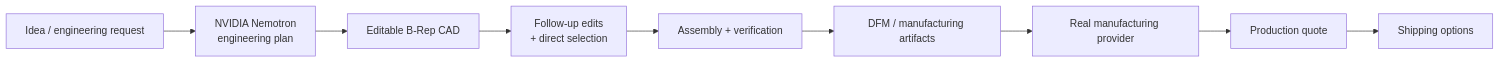
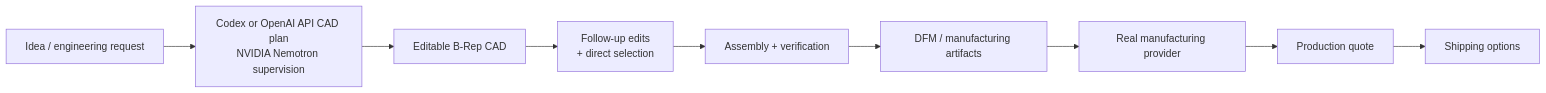
Before and after one commit to CADname/CADia-NVIDIA: the diagram in README.md, drawn with Mermaid. The commit also changed other lines of this file and 6 other files, not shown here.

````diff
--- a/README.md
+++ b/README.md
@@ -108,11 +115,11 @@
 ```mermaid
 flowchart LR
-    A[Idea / engineering request] --> B[NVIDIA Nemotron<br/>engineering plan]
+    A[Idea / engineering request] --> B[Codex or OpenAI API CAD plan<br/>NVIDIA Nemotron supervision]
     B --> C[Editable B-Rep CAD]
     C --> D[Follow-up edits<br/>+ direct selection]
     D --> E[Assembly + verification]
     E --> F[DFM / manufacturing artifacts]
     F --> G[Real manufacturing provider]
     G --> H[Production quote]
     H --> I[Shipping options]
 ```
````
